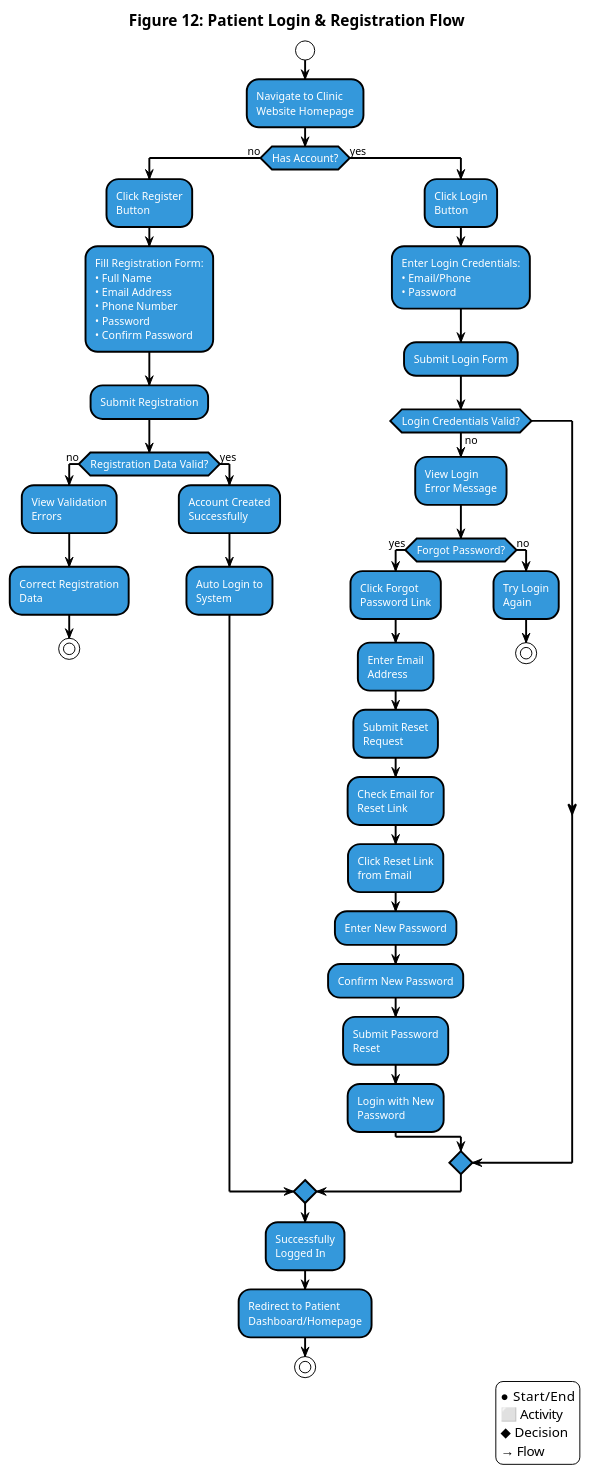
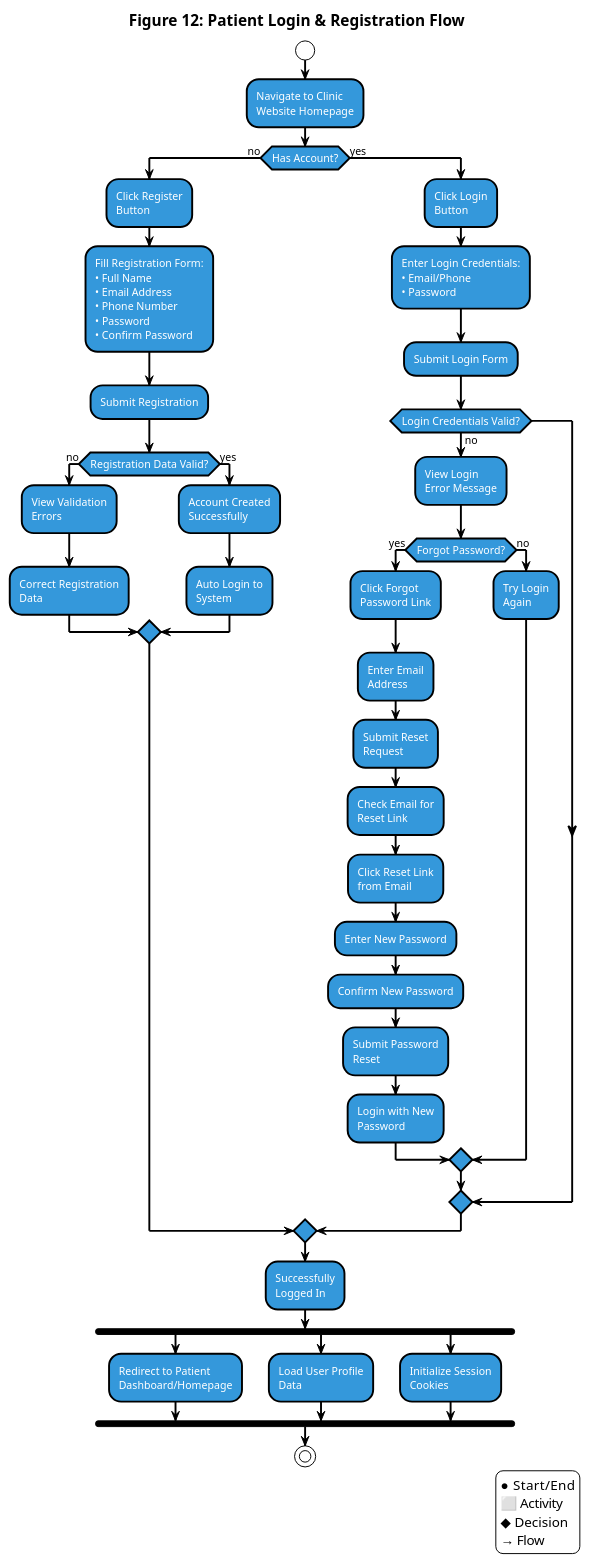
The diagram in Patient_Login_Register_Activity.puml (Ahmed-Makled/clinic), drawn with PlantUML before and after one commit. The commit also changed 21 other files, not shown here.

First line of the commit message:
Refactor sequence diagrams for clarity and consistency

```diff
--- a/Patient_Login_Register_Activity.puml
+++ b/Patient_Login_Register_Activity.puml
@@ -1,102 +1,106 @@
 @startuml Patient_Login_Register_Activity
 !theme plain
 skinparam backgroundColor white
 skinparam activityBorderColor black
 skinparam activityBackgroundColor #3498db
 skinparam startColor black
 skinparam endColor black
 skinparam decisionBorderColor black
 skinparam decisionBackgroundColor white
 skinparam arrowColor black
 skinparam activityFontColor white
 skinparam decisionFontColor black
 skinparam activityFontSize 11
 skinparam decisionFontSize 10
 skinparam titleFontSize 16
 skinparam titleFontColor black
 skinparam activityBorderThickness 2
 skinparam decisionBorderThickness 2
 skinparam arrowThickness 2
 skinparam shadowing false
 
 title Figure 12: Patient Login & Registration Flow
 
 start
 
 :Navigate to Clinic\nWebsite Homepage;
 
 if (Has Account?) then (no)
   :Click Register\nButton;
-  
+
   :Fill Registration Form:
   • Full Name
   • Email Address
   • Phone Number
   • Password
   • Confirm Password;
-  
+
   :Submit Registration;
-  
+
   if (Registration Data Valid?) then (no)
     :View Validation\nErrors;
-    
+
     :Correct Registration\nData;
-    
-    stop
+
   else (yes)
     :Account Created\nSuccessfully;
-    
+
     :Auto Login to\nSystem;
   endif
 else (yes)
   :Click Login\nButton;
-  
+
   :Enter Login Credentials:
   • Email/Phone
   • Password;
-  
+
   :Submit Login Form;
-  
+
   if (Login Credentials Valid?) then (no)
     :View Login\nError Message;
-    
+
     if (Forgot Password?) then (yes)
       :Click Forgot\nPassword Link;
-      
+
       :Enter Email\nAddress;
-      
+
       :Submit Reset\nRequest;
-      
+
       :Check Email for\nReset Link;
-      
+
       :Click Reset Link\nfrom Email;
-      
+
       :Enter New Password;
-      
+
       :Confirm New Password;
-      
+
       :Submit Password\nReset;
-      
+
       :Login with New\nPassword;
     else (no)
       :Try Login\nAgain;
-      
-      stop
+
     endif
   endif
 endif
 
 :Successfully\nLogged In;
 
-:Redirect to Patient\nDashboard/Homepage;
+fork
+  :Redirect to Patient\nDashboard/Homepage;
+fork again
+  :Load User Profile\nData;
+fork again
+  :Initialize Session\nCookies;
+end fork
 
 stop
 
 legend right
 ● Start/End
 ⬜ Activity
 ◆ Decision
 → Flow
 endlegend
 
-@enduml 
+@enduml
```
